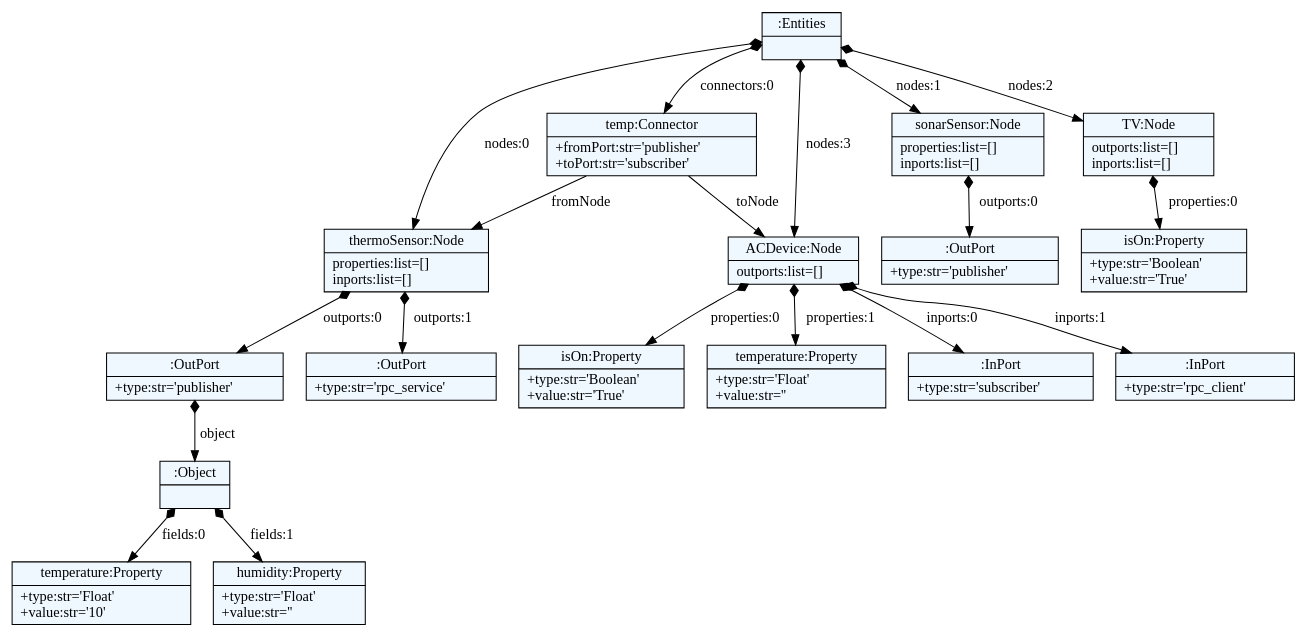
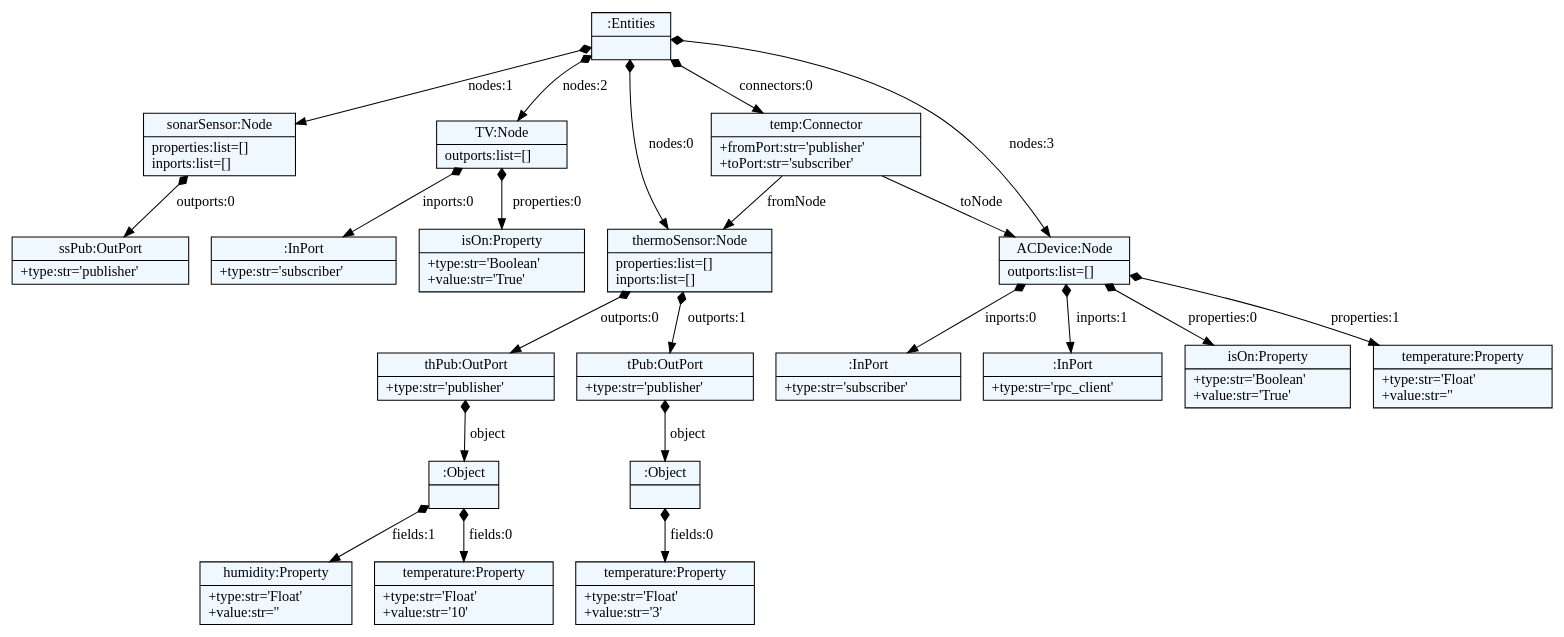
Before and after one commit to xanthoko/meco: the diagram in nodem/models/nodes.dot, drawn with Graphviz. The commit also changed 6 other files, not shown here.

```diff
--- a/nodem/models/nodes.dot
+++ b/nodem/models/nodes.dot
@@ -1,50 +1,56 @@
 
     digraph textX {
     fontname = "Bitstream Vera Sans"
     fontsize = 8
     node[
         shape=record,
         style=filled,
         fillcolor=aliceblue
     ]
     nodesep = 0.3
     edge[dir=black,arrowtail=empty]
 
 
-4450671632 -> 4450670672 [label="nodes:0" arrowtail=diamond dir=both]
-4450670672 -> 4451188256 [label="outports:0" arrowtail=diamond dir=both]
-4451188256 -> 4451187152 [label="object" arrowtail=diamond dir=both]
-4451187152 -> 4451186048 [label="fields:0" arrowtail=diamond dir=both]
-4451186048[label="{temperature:Property|+type:str='Float'\l+value:str='10'\l}"]
-4451187152 -> 4451186000 [label="fields:1" arrowtail=diamond dir=both]
-4451186000[label="{humidity:Property|+type:str='Float'\l+value:str=''\l}"]
-4451187152[label="{:Object|}"]
-4451188256[label="{:OutPort|+type:str='publisher'\l}"]
-4450670672 -> 4451187488 [label="outports:1" arrowtail=diamond dir=both]
-4451187488[label="{:OutPort|+type:str='rpc_service'\l}"]
-4450670672[label="{thermoSensor:Node|properties:list=[]\linports:list=[]\l}"]
-4450671632 -> 4450672208 [label="nodes:1" arrowtail=diamond dir=both]
-4450672208 -> 4451187584 [label="outports:0" arrowtail=diamond dir=both]
-4451187584[label="{:OutPort|+type:str='publisher'\l}"]
-4450672208[label="{sonarSensor:Node|properties:list=[]\linports:list=[]\l}"]
-4450671632 -> 4451184896 [label="nodes:2" arrowtail=diamond dir=both]
-4451184896 -> 4451187392 [label="properties:0" arrowtail=diamond dir=both]
-4451187392[label="{isOn:Property|+type:str='Boolean'\l+value:str='True'\l}"]
-4451184896[label="{TV:Node|outports:list=[]\linports:list=[]\l}"]
-4450671632 -> 4451187344 [label="nodes:3" arrowtail=diamond dir=both]
-4451187344 -> 4451187728 [label="properties:0" arrowtail=diamond dir=both]
-4451187728[label="{isOn:Property|+type:str='Boolean'\l+value:str='True'\l}"]
-4451187344 -> 4451188160 [label="properties:1" arrowtail=diamond dir=both]
-4451188160[label="{temperature:Property|+type:str='Float'\l+value:str=''\l}"]
-4451187344 -> 4451188496 [label="inports:0" arrowtail=diamond dir=both]
-4451188496[label="{:InPort|+type:str='subscriber'\l}"]
-4451187344 -> 4451186624 [label="inports:1" arrowtail=diamond dir=both]
-4451186624[label="{:InPort|+type:str='rpc_client'\l}"]
-4451187344[label="{ACDevice:Node|outports:list=[]\l}"]
-4450671632 -> 4451186960 [label="connectors:0" arrowtail=diamond dir=both]
-4451186960 -> 4450670672 [label="fromNode" ]
-4451186960 -> 4451187344 [label="toNode" ]
-4451186960[label="{temp:Connector|+fromPort:str='publisher'\l+toPort:str='subscriber'\l}"]
-4450671632[label="{:Entities|}"]
+4368901840 -> 4368902752 [label="nodes:0" arrowtail=diamond dir=both]
+4368902752 -> 4368903520 [label="outports:0" arrowtail=diamond dir=both]
+4368903520 -> 4368902656 [label="object" arrowtail=diamond dir=both]
+4368902656 -> 4368902320 [label="fields:0" arrowtail=diamond dir=both]
+4368902320[label="{temperature:Property|+type:str='Float'\l+value:str='10'\l}"]
+4368902656 -> 4368902368 [label="fields:1" arrowtail=diamond dir=both]
+4368902368[label="{humidity:Property|+type:str='Float'\l+value:str=''\l}"]
+4368902656[label="{:Object|}"]
+4368903520[label="{thPub:OutPort|+type:str='publisher'\l}"]
+4368902752 -> 4368903952 [label="outports:1" arrowtail=diamond dir=both]
+4368903952 -> 4368901744 [label="object" arrowtail=diamond dir=both]
+4368901744 -> 4368900592 [label="fields:0" arrowtail=diamond dir=both]
+4368900592[label="{temperature:Property|+type:str='Float'\l+value:str='3'\l}"]
+4368901744[label="{:Object|}"]
+4368903952[label="{tPub:OutPort|+type:str='publisher'\l}"]
+4368902752[label="{thermoSensor:Node|properties:list=[]\linports:list=[]\l}"]
+4368901840 -> 4368901408 [label="nodes:1" arrowtail=diamond dir=both]
+4368901408 -> 4368902416 [label="outports:0" arrowtail=diamond dir=both]
+4368902416[label="{ssPub:OutPort|+type:str='publisher'\l}"]
+4368901408[label="{sonarSensor:Node|properties:list=[]\linports:list=[]\l}"]
+4368901840 -> 4368903184 [label="nodes:2" arrowtail=diamond dir=both]
+4368903184 -> 4368900256 [label="properties:0" arrowtail=diamond dir=both]
+4368900256[label="{isOn:Property|+type:str='Boolean'\l+value:str='True'\l}"]
+4368903184 -> 4368901120 [label="inports:0" arrowtail=diamond dir=both]
+4368901120[label="{:InPort|+type:str='subscriber'\l}"]
+4368903184[label="{TV:Node|outports:list=[]\l}"]
+4368901840 -> 4368903904 [label="nodes:3" arrowtail=diamond dir=both]
+4368903904 -> 4368904096 [label="properties:0" arrowtail=diamond dir=both]
+4368904096[label="{isOn:Property|+type:str='Boolean'\l+value:str='True'\l}"]
+4368903904 -> 4368903760 [label="properties:1" arrowtail=diamond dir=both]
+4368903760[label="{temperature:Property|+type:str='Float'\l+value:str=''\l}"]
+4368903904 -> 4368903328 [label="inports:0" arrowtail=diamond dir=both]
+4368903328[label="{:InPort|+type:str='subscriber'\l}"]
+4368903904 -> 4368901648 [label="inports:1" arrowtail=diamond dir=both]
+4368901648[label="{:InPort|+type:str='rpc_client'\l}"]
+4368903904[label="{ACDevice:Node|outports:list=[]\l}"]
+4368901840 -> 4368900208 [label="connectors:0" arrowtail=diamond dir=both]
+4368900208 -> 4368902752 [label="fromNode" ]
+4368900208 -> 4368903904 [label="toNode" ]
+4368900208[label="{temp:Connector|+fromPort:str='publisher'\l+toPort:str='subscriber'\l}"]
+4368901840[label="{:Entities|}"]
 
 }
```
